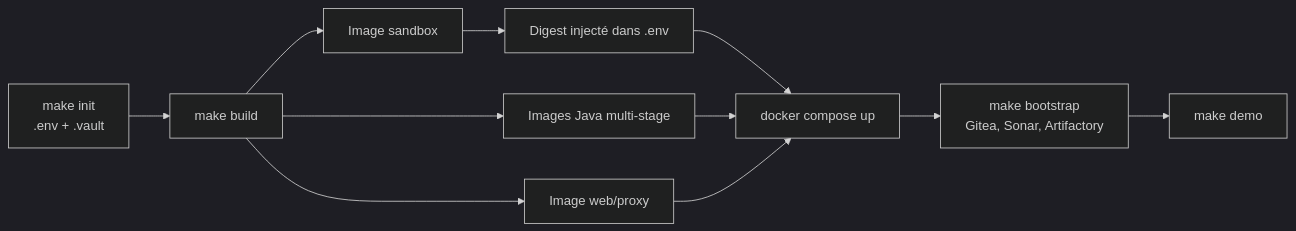
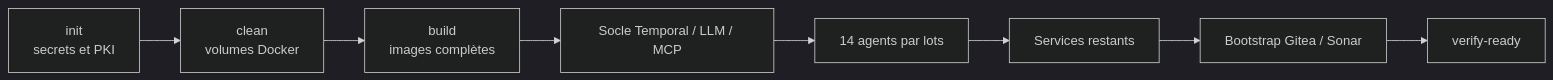
Before and after one commit to dbeaumont/ai-software-factory-local: the fourth of 4 diagrams in docs/overview/current-state.md, drawn with Mermaid (dark theme). The commit also changed other lines of this file and 28 other files, not shown here.

````diff
--- a/docs/overview/current-state.md
+++ b/docs/overview/current-state.md
@@ -803,13 +140,10 @@
 ```mermaid
 flowchart LR
-    INIT[make init<br/>.env + .vault] --> BUILD[make build]
-    BUILD --> IMG[Image sandbox]
-    IMG --> PIN[Digest injecté dans .env]
-    BUILD --> JAVA[Images Java multi-stage]
-    BUILD --> WEB[Image web/proxy]
-    PIN --> UP[docker compose up]
-    JAVA --> UP
-    WEB --> UP
-    UP --> BOOT[make bootstrap<br/>Gitea, Sonar, Artifactory]
-    BOOT --> DEMO[make demo]
+  I[init<br/>secrets et PKI] --> C[clean<br/>volumes Docker]
+  C --> B[build<br/>images complètes]
+  B --> CORE[Socle Temporal / LLM / MCP]
+  CORE --> A[14 agents par lots]
+  A --> S[Services restants]
+  S --> BOOT[Bootstrap Gitea / Sonar]
+  BOOT --> READY[verify-ready]
 ```
````
